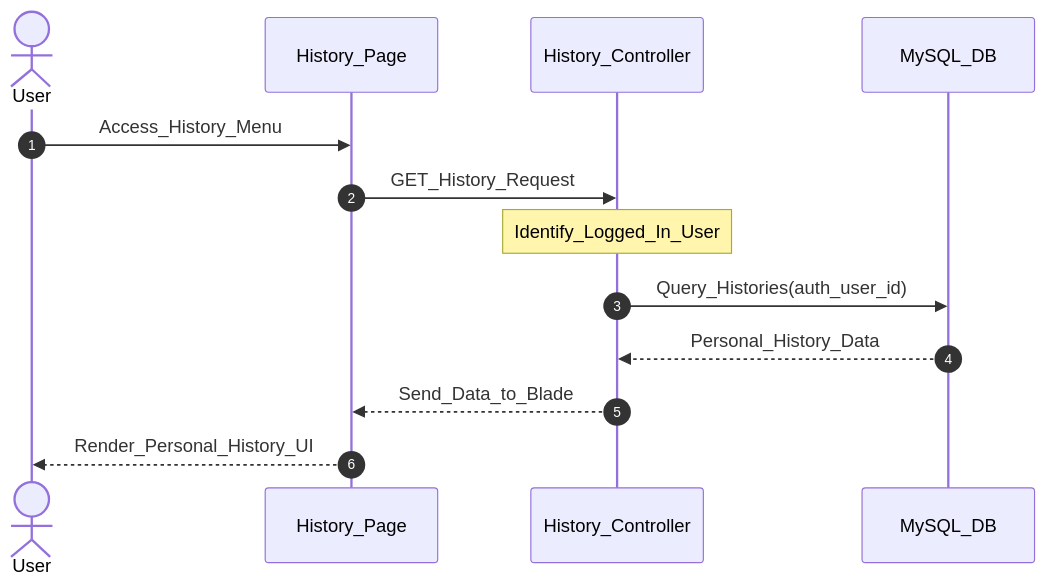
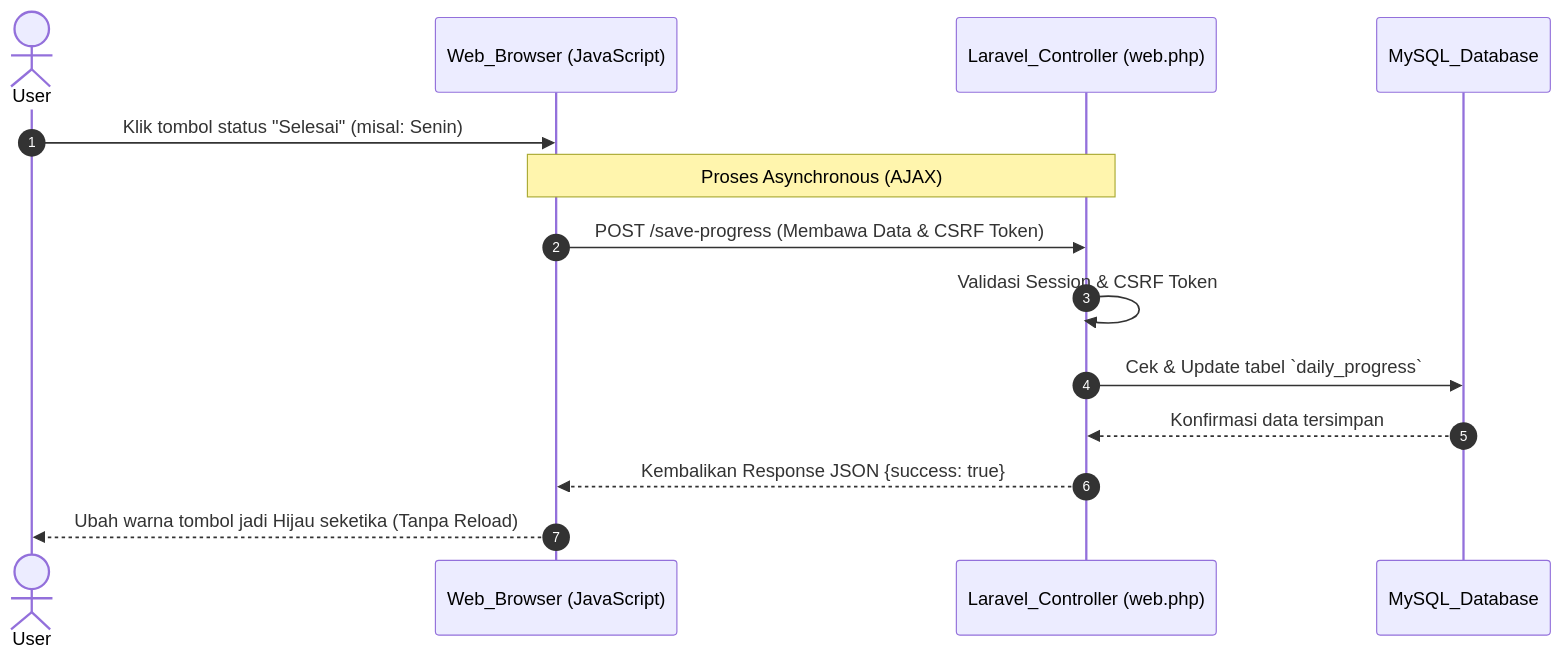
Before and after one commit to dava7putra/GenZehat-app: the third of 4 diagrams in README.md, drawn with Mermaid.

````diff
--- a/README.md
+++ b/README.md
@@ -103,18 +103,22 @@
 ```mermaid
 sequenceDiagram
     autonumber
     actor User
-    participant View as History_Page
-    participant Controller as History_Controller
-    participant DB as MySQL_DB
+    participant Browser as Web_Browser (JavaScript)
+    participant Laravel as Laravel_Controller (web.php)
+    participant DB as MySQL_Database
 
-    User->>View: Access_History_Menu
-    View->>Controller: GET_History_Request
+    User->>Browser: Klik tombol status "Selesai" (misal: Senin)
     
-    Note over Controller: Identify_Logged_In_User
-    Controller->>DB: Query_Histories(auth_user_id)
-    DB-->>Controller: Personal_History_Data
+    Note over Browser, Laravel: Proses Asynchronous (AJAX)
+    Browser->>Laravel: POST /save-progress (Membawa Data & CSRF Token)
     
-    Controller-->>View: Send_Data_to_Blade
-    View-->>User: Render_Personal_History_UI
+    Laravel->>Laravel: Validasi Session & CSRF Token
+    
+    Laravel->>DB: Cek & Update tabel `daily_progress`
+    DB-->>Laravel: Konfirmasi data tersimpan
+    
+    Laravel-->>Browser: Kembalikan Response JSON {success: true}
+    
+    Browser-->>User: Ubah warna tombol jadi Hijau seketika (Tanpa Reload)
 ```
````
